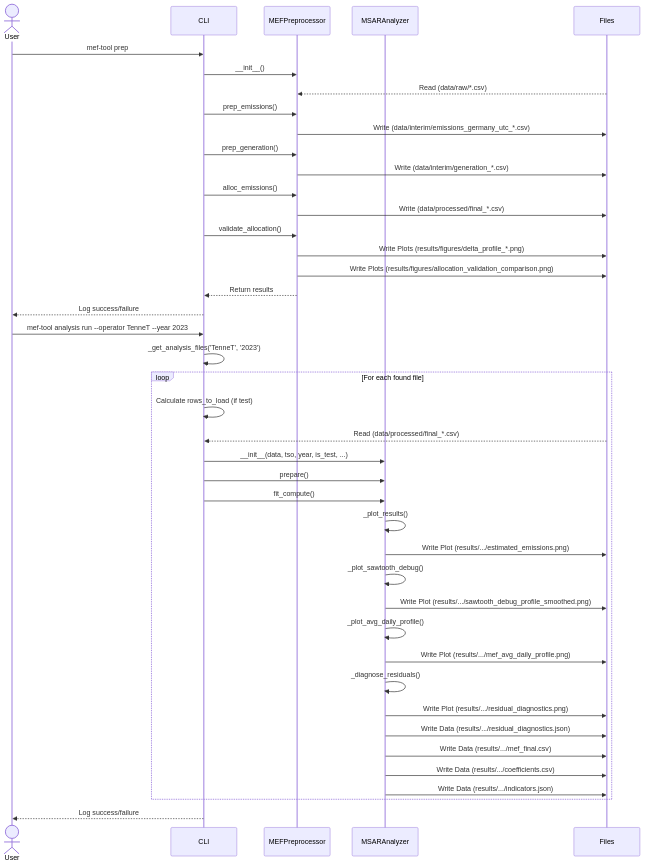
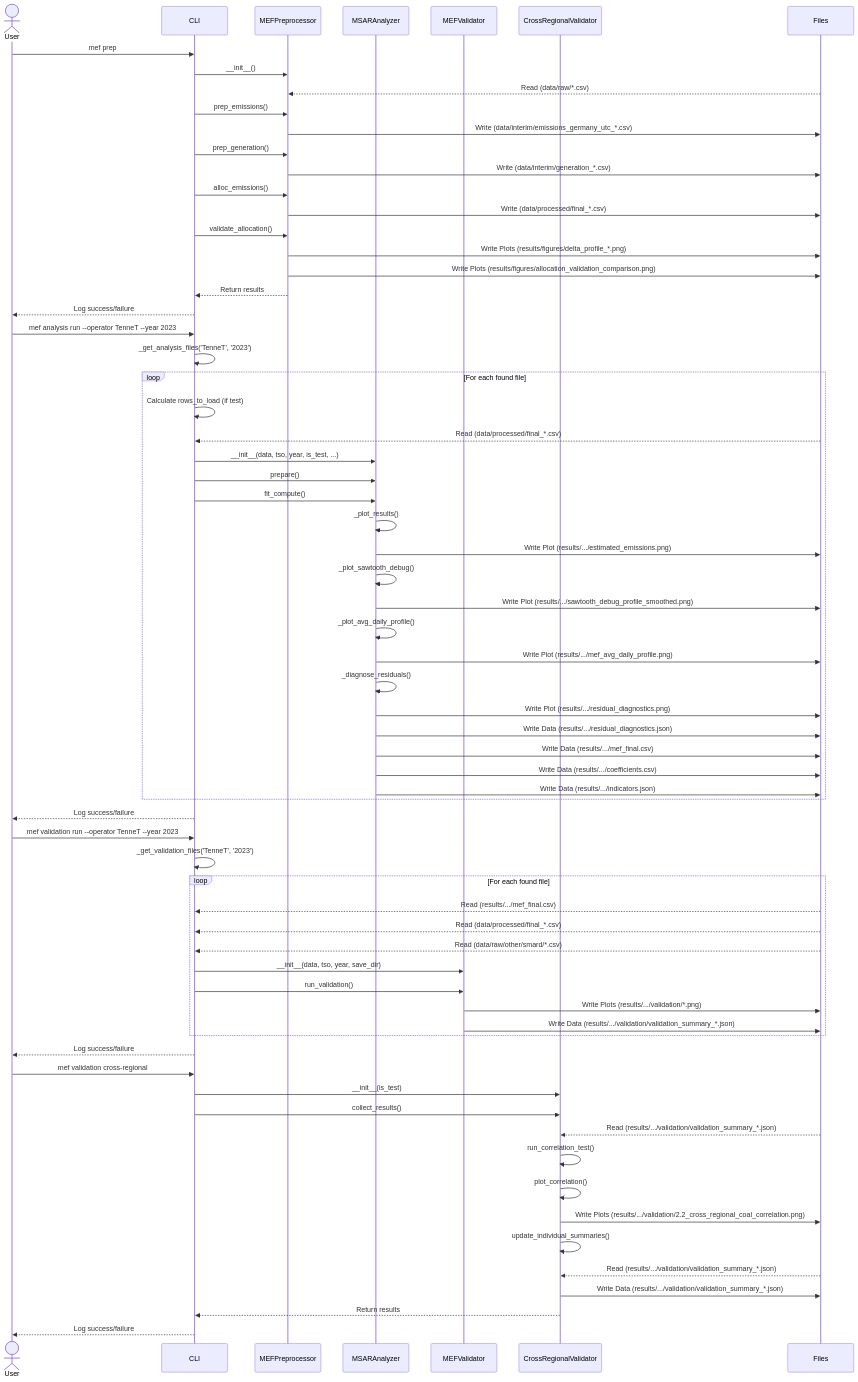
Before and after one commit to AK960/marginal-emissions-germany: the diagram in README.md, drawn with Mermaid. The commit also changed other lines of this file and 2 other files, not shown here.

Commit message:
Final project conf settings

````diff
--- a/README.md
+++ b/README.md
@@ -51,9 +88,11 @@
     participant CLI
     participant MEFPreprocessor
     participant MSARAnalyzer
+    participant MEFValidator
+    participant CrossRegionalValidator
     participant Files
 
-    User->>CLI: mef-tool prep
+    User->>CLI: mef prep
     CLI->>MEFPreprocessor: __init__()
     
     Files-->>MEFPreprocessor: Read (data/raw/*.csv)
@@ -73,7 +112,7 @@
     MEFPreprocessor-->>CLI: Return results
     CLI-->>User: Log success/failure
 
-    User->>CLI: mef-tool analysis run --operator TenneT --year 2023
+    User->>CLI: mef analysis run --operator TenneT --year 2023
     CLI->>CLI: _get_analysis_files('TenneT', '2023')
     
     loop For each found file
@@ -101,4 +140,30 @@
         MSARAnalyzer->>Files: Write Data (results/.../indicators.json)
     end
     CLI-->>User: Log success/failure
+
+    User->>CLI: mef validation run --operator TenneT --year 2023
+    CLI->>CLI: _get_validation_files('TenneT', '2023')
+    loop For each found file
+        Files-->>CLI: Read (results/.../mef_final.csv)
+        Files-->>CLI: Read (data/processed/final_*.csv)
+        Files-->>CLI: Read (data/raw/other/smard/*.csv)
+        CLI->>MEFValidator: __init__(data, tso, year, save_dir)
+        CLI->>MEFValidator: run_validation()
+        MEFValidator->>Files: Write Plots (results/.../validation/*.png)
+        MEFValidator->>Files: Write Data (results/.../validation/validation_summary_*.json)
+    end
+    CLI-->>User: Log success/failure
+
+    User->>CLI: mef validation cross-regional
+    CLI->>CrossRegionalValidator: __init__(is_test)
+    CLI->>CrossRegionalValidator: collect_results()
+    Files-->>CrossRegionalValidator: Read (results/.../validation/validation_summary_*.json)
+    CrossRegionalValidator->>CrossRegionalValidator: run_correlation_test()
+    CrossRegionalValidator->>CrossRegionalValidator: plot_correlation()
+    CrossRegionalValidator->>Files: Write Plots (results/.../validation/2.2_cross_regional_coal_correlation.png)
+    CrossRegionalValidator->>CrossRegionalValidator: update_individual_summaries()
+    Files-->>CrossRegionalValidator: Read (results/.../validation/validation_summary_*.json)
+    CrossRegionalValidator->>Files: Write Data (results/.../validation/validation_summary_*.json)
+    CrossRegionalValidator-->>CLI: Return results
+    CLI-->>User: Log success/failure
 ```
````
